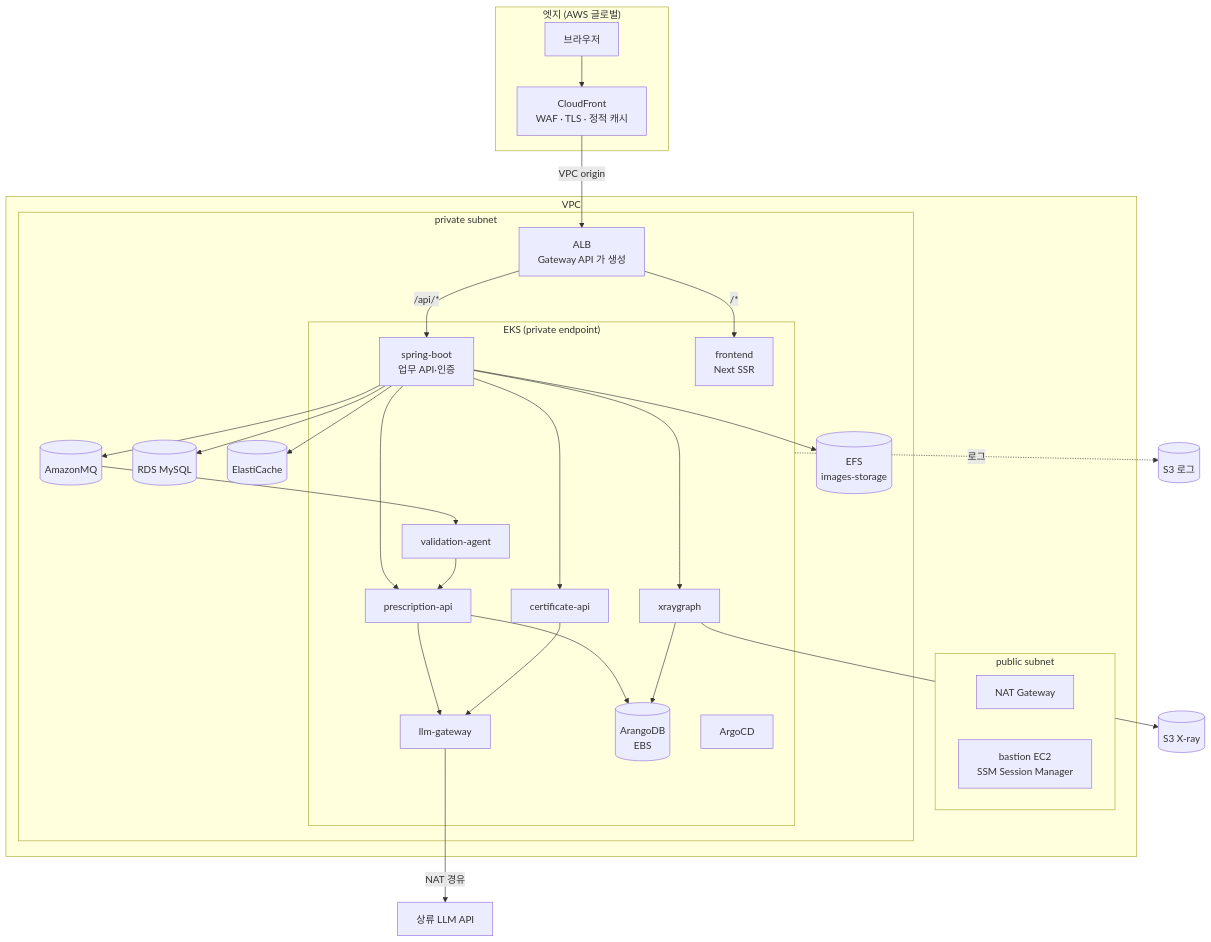
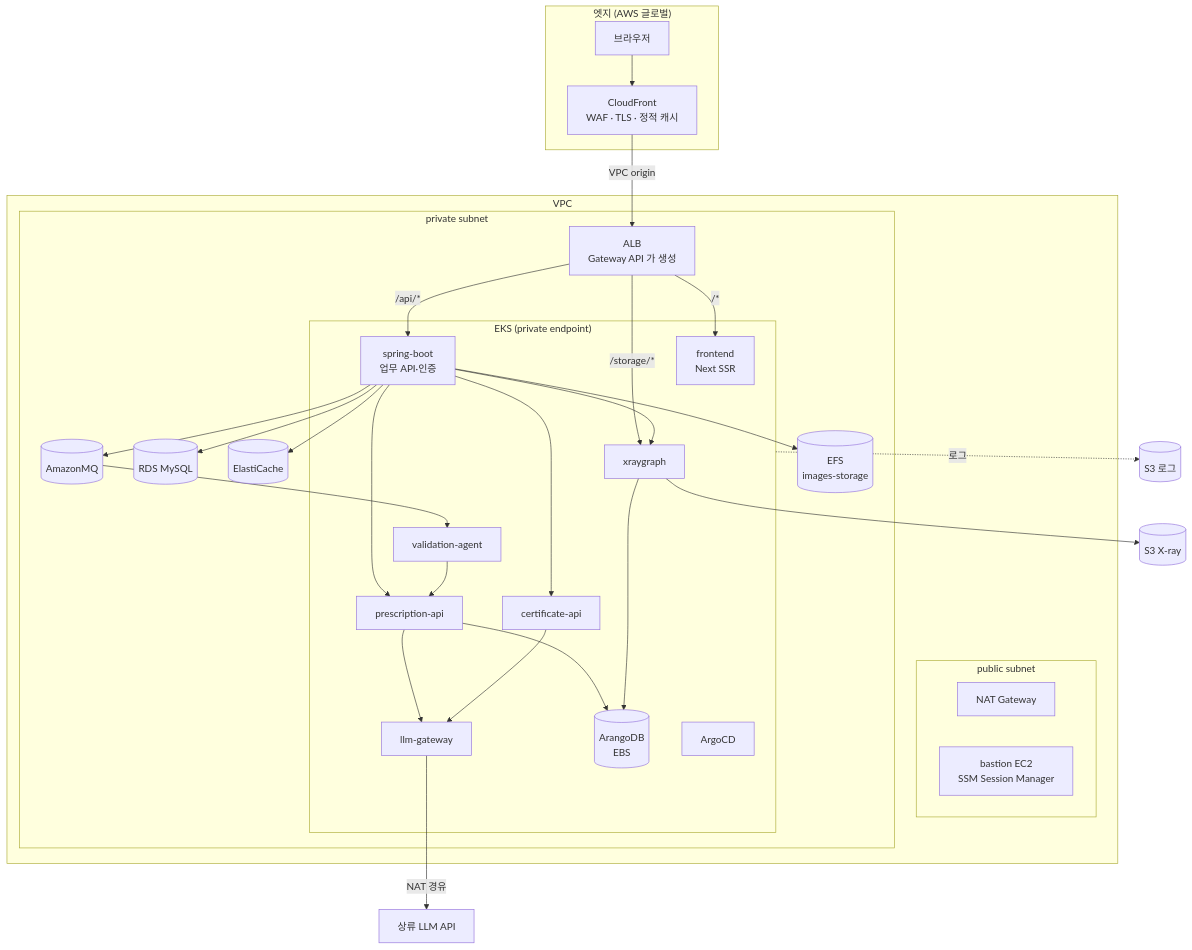
Before and after one commit to kjbddo/bitcomputer-emr: the first of 7 diagrams in Docs/11-target-architecture.md, drawn with Mermaid. The commit also changed other lines of this file, not shown here.

````diff
--- a/Docs/11-target-architecture.md
+++ b/Docs/11-target-architecture.md
@@ -14,63 +14,64 @@
 ```mermaid
 flowchart TB
   subgraph edge["엣지 (AWS 글로벌)"]
     U["브라우저"]
     CF["CloudFront<br/>WAF · TLS · 정적 캐시"]
   end
 
   subgraph vpc["VPC"]
     subgraph pub["public subnet"]
       NAT["NAT Gateway"]
       BAS["bastion EC2<br/>SSM Session Manager"]
     end
 
     subgraph priv["private subnet"]
       ALB["ALB<br/>Gateway API 가 생성"]
 
       subgraph eks["EKS (private endpoint)"]
         FE["frontend<br/>Next SSR"]
         SB["spring-boot<br/>업무 API·인증"]
         RX["prescription-api"]
         CT["certificate-api"]
         XR["xraygraph"]
         GW["llm-gateway"]
         VA["validation-agent"]
         AR[("ArangoDB<br/>EBS")]
         ARGO["ArgoCD"]
       end
 
       RDS[("RDS MySQL")]
       EC[("ElastiCache")]
       MQ[("AmazonMQ")]
       EFS[("EFS<br/>images-storage")]
     end
   end
 
   S3L[("S3 로그")]
   S3X[("S3 X-ray")]
   LLM["상류 LLM API"]
 
   U --> CF
   CF -->|VPC origin| ALB
   ALB -->|"/*"| FE
   ALB -->|"/api/*"| SB
+  ALB -->|"/storage/*"| XR
 
   SB --> RX
   SB --> CT
   SB --> XR
   SB --> RDS
   SB --> EC
   SB --> MQ
   SB --> EFS
 
   MQ --> VA
   VA --> RX
   RX --> AR
   RX --> GW
   CT --> GW
   XR --> AR
   XR --> S3X
   GW -->|NAT 경유| LLM
 
   eks -.로그.-> S3L
 ```
````
